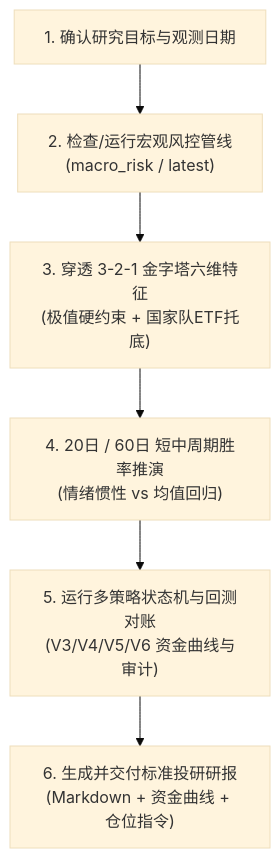
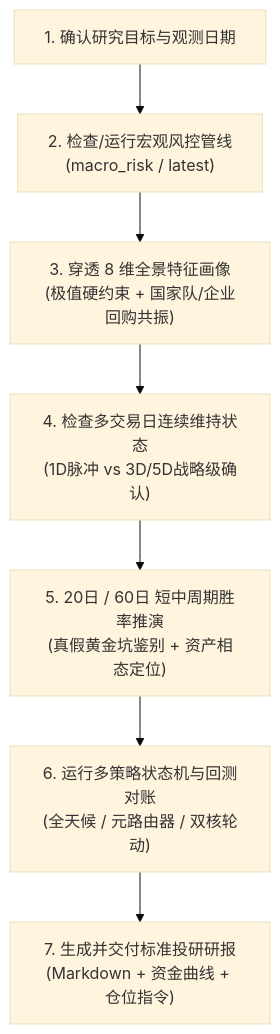
One commit to aidenreed937/stock changed the diagram in .agents/skills/macro-risk-research/SKILL.md. Above: the diagram before and after it, drawn with Mermaid (base theme). The commit also changed other lines of this file and 1 other file, not shown here.

````diff
--- a/.agents/skills/macro-risk-research/SKILL.md
+++ b/.agents/skills/macro-risk-research/SKILL.md
@@ -32,8 +34,9 @@
 ```mermaid
 flowchart TD
     A["1. 确认研究目标与观测日期"] --> B["2. 检查/运行宏观风控管线<br>(macro_risk / latest)"]
-    B --> C["3. 穿透 3-2-1 金字塔六维特征<br>(极值硬约束 + 国家队ETF托底)"]
-    C --> D["4. 20日 / 60日 短中周期胜率推演<br>(情绪惯性 vs 均值回归)"]
-    D --> E["5. 运行多策略状态机与回测对账<br>(V3/V4/V5/V6 资金曲线与审计)"]
-    E --> F["6. 生成并交付标准投研研报<br>(Markdown + 资金曲线 + 仓位指令)"]
+    B --> C["3. 穿透 8 维全景特征画像<br>(极值硬约束 + 国家队/企业回购共振)"]
+    C --> D["4. 检查多交易日连续维持状态<br>(1D脉冲 vs 3D/5D战略级确认)"]
+    D --> E["5. 20日 / 60日 短中周期胜率推演<br>(真假黄金坑鉴别 + 资产相态定位)"]
+    E --> F["6. 运行多策略状态机与回测对账<br>(全天候 / 元路由器 / 双核轮动)"]
+    F --> G["7. 生成并交付标准投研研报<br>(Markdown + 资金曲线 + 仓位指令)"]
 ```
````
